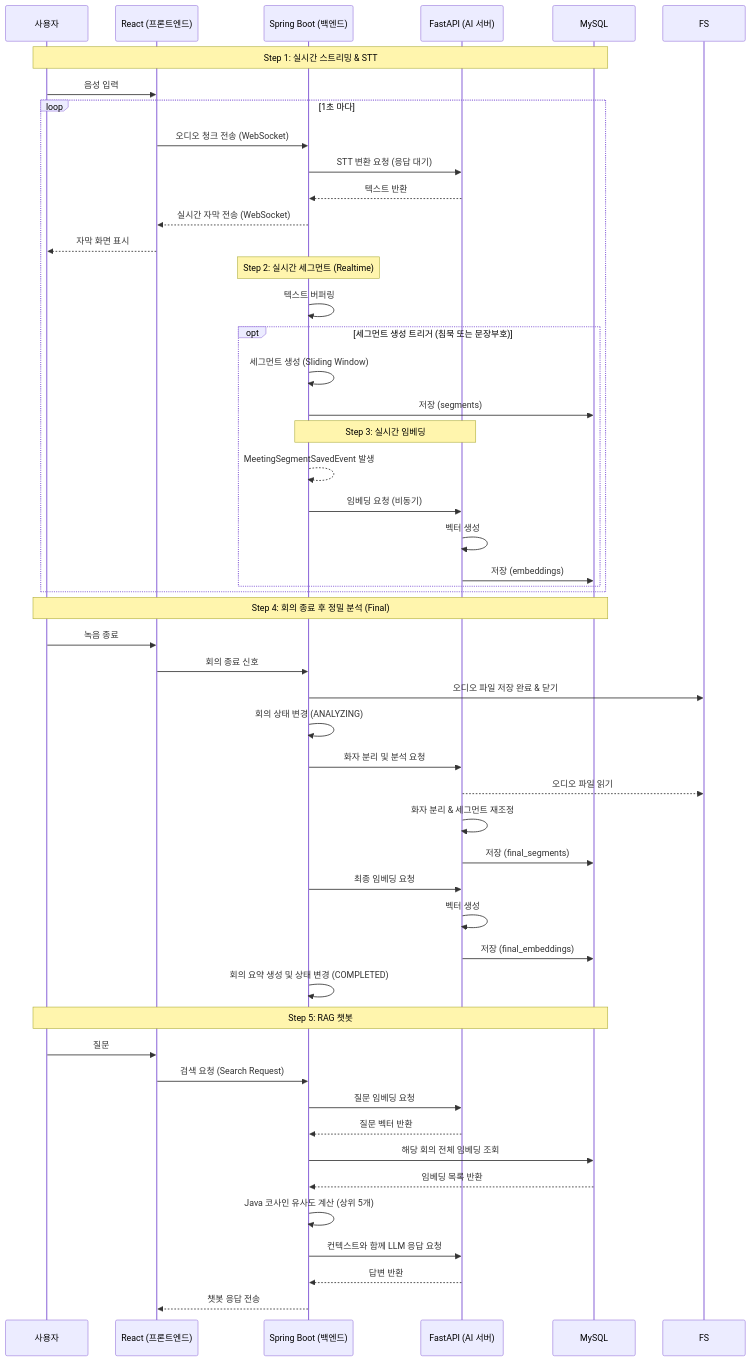
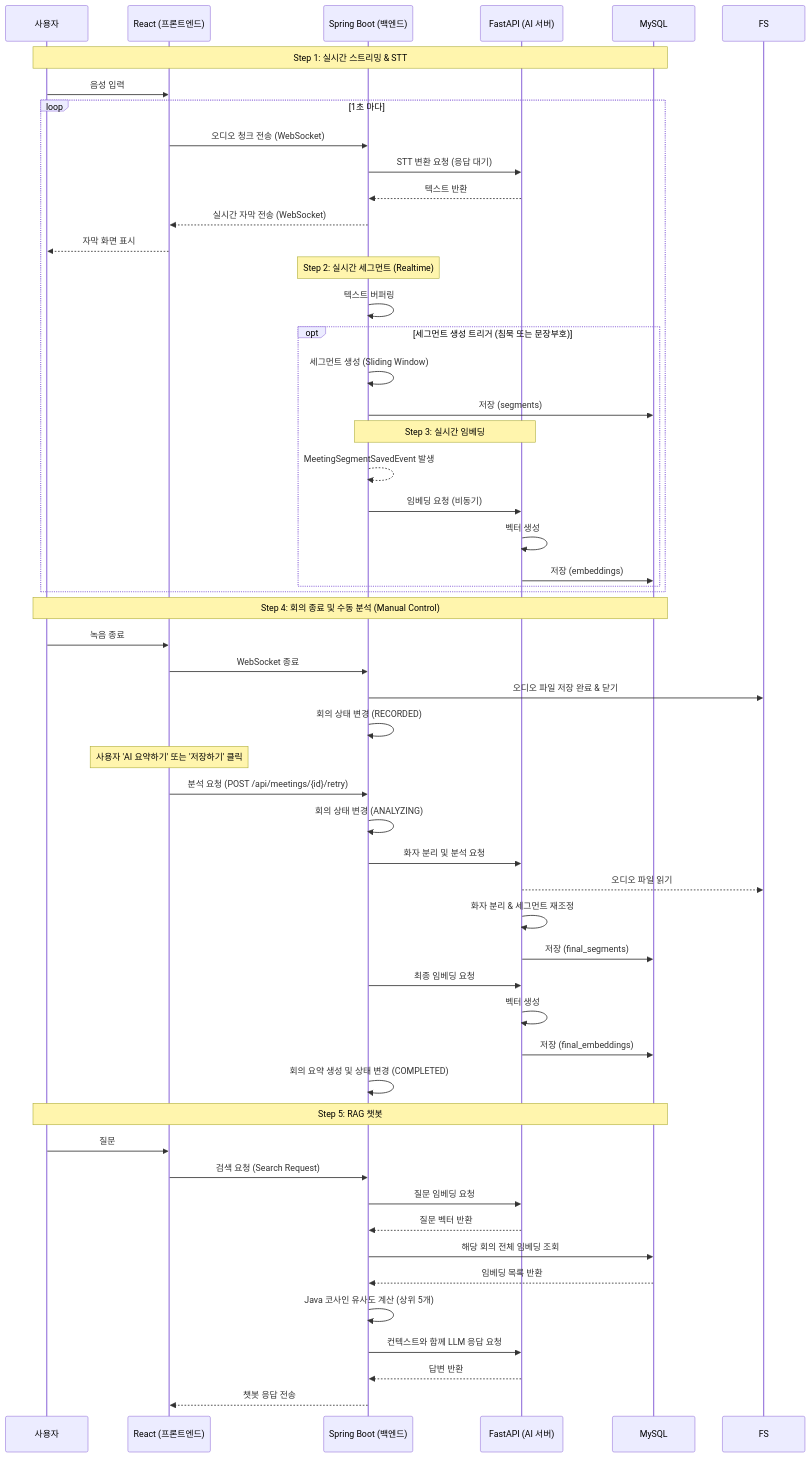
Before and after one commit to leejunhyuk1061204/AI-5-mini-project: the second of 3 diagrams in task/architecture.md, drawn with Mermaid. The commit also changed other lines of this file and 42 other files, not shown here.

````diff
--- a/task/architecture.md
+++ b/task/architecture.md
@@ -68,58 +71,61 @@
 ```mermaid
 sequenceDiagram
     participant U as 사용자
     participant R as React (프론트엔드)
     participant J as Spring Boot (백엔드)
     participant P as FastAPI (AI 서버)
     participant DB as MySQL
 
     Note over U, DB: Step 1: 실시간 스트리밍 & STT
     U->>R: 음성 입력
     loop 1초 마다
         R->>J: 오디오 청크 전송 (WebSocket)
         J->>P: STT 변환 요청 (응답 대기)
         P-->>J: 텍스트 반환
         J-->>R: 실시간 자막 전송 (WebSocket)
         R-->>U: 자막 화면 표시
         
         Note over J: Step 2: 실시간 세그먼트 (Realtime)
         J->>J: 텍스트 버퍼링
         opt 세그먼트 생성 트리거 (침묵 또는 문장부호)
             J->>J: 세그먼트 생성 (Sliding Window)
             J->>DB: 저장 (segments)
             
             Note over J, P: Step 3: 실시간 임베딩
             J-->>J: MeetingSegmentSavedEvent 발생
             J->>P: 임베딩 요청 (비동기)
             P->>P: 벡터 생성
             P->>DB: 저장 (embeddings)
         end
     end
 
-    Note over U, DB: Step 4: 회의 종료 후 정밀 분석 (Final)
+    Note over U, DB: Step 4: 회의 종료 및 수동 분석 (Manual Control)
     U->>R: 녹음 종료
-    R->>J: 회의 종료 신호
+    R->>J: WebSocket 종료
     J->>FS: 오디오 파일 저장 완료 & 닫기
+    J->>J: 회의 상태 변경 (RECORDED)
+    Note over R: 사용자 'AI 요약하기' 또는 '저장하기' 클릭
+    R->>J: 분석 요청 (POST /api/meetings/{id}/retry)
     J->>J: 회의 상태 변경 (ANALYZING)
     J->>P: 화자 분리 및 분석 요청
     P-->>FS: 오디오 파일 읽기
     P->>P: 화자 분리 & 세그먼트 재조정
     P->>DB: 저장 (final_segments)
     
     J->>P: 최종 임베딩 요청
     P->>P: 벡터 생성
     P->>DB: 저장 (final_embeddings)
     J->>J: 회의 요약 생성 및 상태 변경 (COMPLETED)
 
     Note over U, DB: Step 5: RAG 챗봇
     U->>R: 질문
     R->>J: 검색 요청 (Search Request)
     J->>P: 질문 임베딩 요청
     P-->>J: 질문 벡터 반환
     J->>DB: 해당 회의 전체 임베딩 조회
     DB-->>J: 임베딩 목록 반환
     J->>J: Java 코사인 유사도 계산 (상위 5개)
     J->>P: 컨텍스트와 함께 LLM 응답 요청
     P-->>J: 답변 반환
     J-->>R: 챗봇 응답 전송
 ```
````
